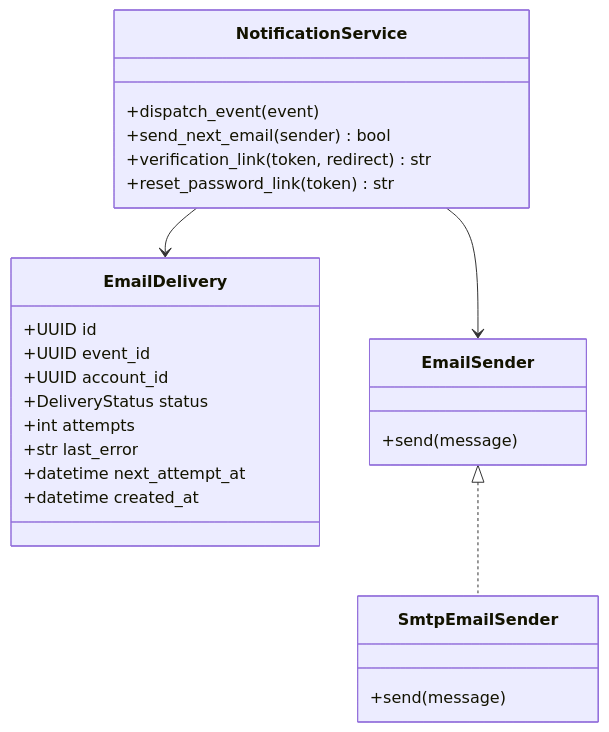
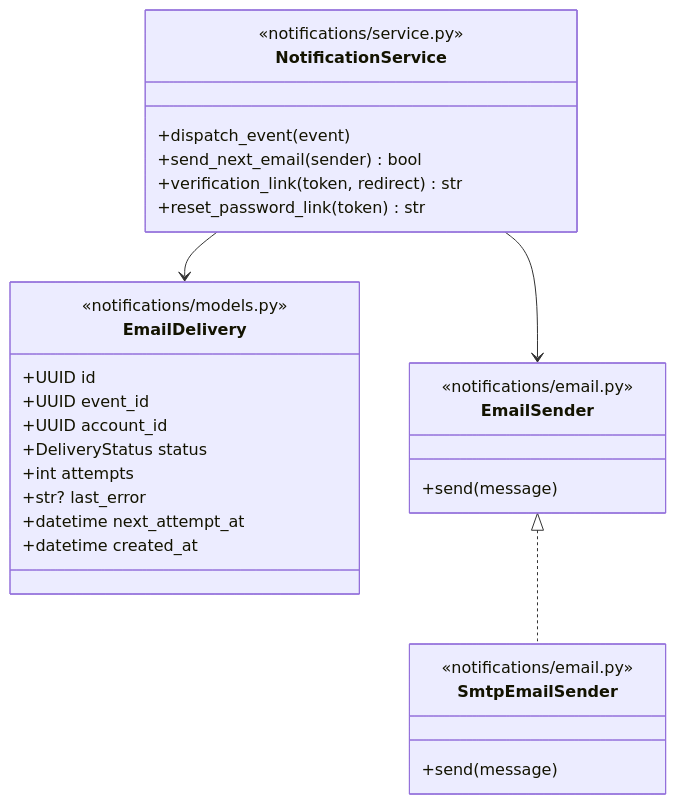
Before and after one commit to Team14good/esport-platform: diagram 14 of 15 in docs/midterm/D-物件設計文件.md, drawn with Mermaid. The commit also changed other lines of this file and 27 other files, not shown here.

First line of the commit message:
docs: B、C、D 其餘的圖全部對照程式標註 (#92)

````diff
--- a/docs/midterm/D-物件設計文件.md
+++ b/docs/midterm/D-物件設計文件.md
@@ -738,28 +788,32 @@
 ```mermaid
 classDiagram
   class EmailDelivery {
+    <<notifications/models.py>>
     +UUID id
     +UUID event_id
     +UUID account_id
     +DeliveryStatus status
     +int attempts
-    +str last_error
+    +str? last_error
     +datetime next_attempt_at
     +datetime created_at
   }
   class NotificationService {
+    <<notifications/service.py>>
     +dispatch_event(event)
     +send_next_email(sender) bool
     +verification_link(token, redirect) str
     +reset_password_link(token) str
   }
   class EmailSender {
+    <<notifications/email.py>>
     +send(message)
   }
   class SmtpEmailSender {
+    <<notifications/email.py>>
     +send(message)
   }
   NotificationService --> EmailDelivery
   NotificationService --> EmailSender
   EmailSender <|.. SmtpEmailSender
 ```
````
